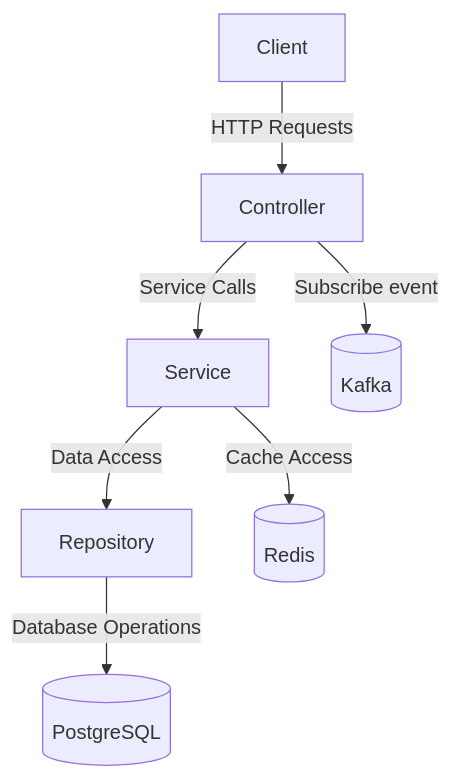
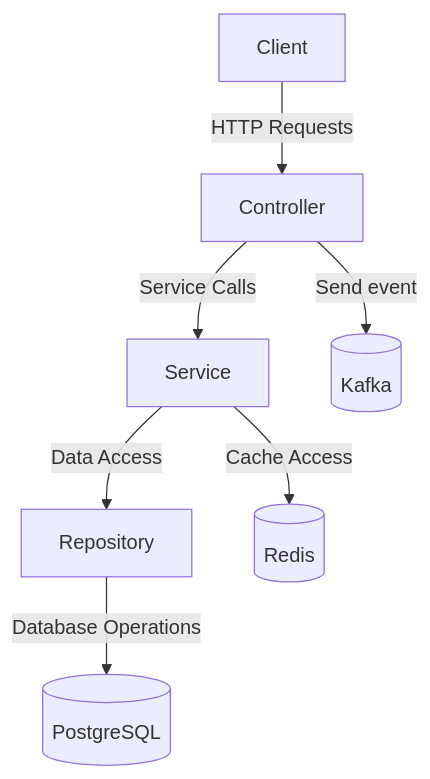
The first of 2 diagrams in user-svc/README.md (ngodat0103/yamp), drawn with Mermaid before and after one commit. The commit also changed other lines of this file and 143 other files, not shown here.

````diff
--- a/user-svc/README.md
+++ b/user-svc/README.md
@@ -25,9 +7,9 @@
 ```mermaid
 graph TD;
     A[Client] -->|HTTP Requests| B[Controller];
     B -->|Service Calls| C[Service];
     C -->|Data Access| D[Repository];
     D -->|Database Operations| E[(PostgreSQL)];
     C -->|Cache Access| F[(Redis)];
-    B -->|Subscribe event| G[(Kafka)];
+    B -->|Send event| G[(Kafka)];
 ```
````
